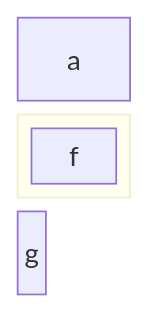
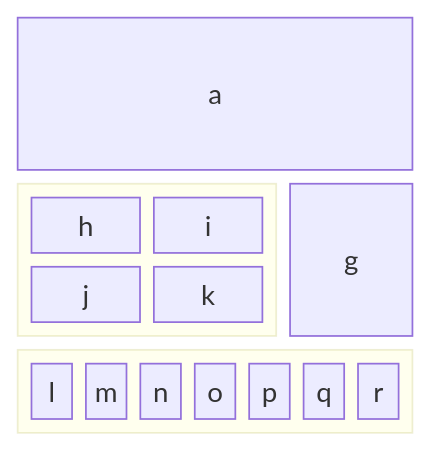
The sixth of 28 diagrams in docs/syntax/block.md (mermaid-js/mermaid), drawn with Mermaid before and after one commit. The commit also changed other lines of this file and 9 other files, not shown here.

````diff
--- a/docs/syntax/block.md
+++ b/docs/syntax/block.md
@@ -192,9 +197,14 @@
 ```mermaid
 block-beta
   columns 3
   a:3
-  block:e:3
-    f
+  block:group1:2
+    columns 2
+    h i j k
   end
   g
+  block:group2:3
+    %% columns auto (default)
+    l m n o p q r
+  end
 ```
````
